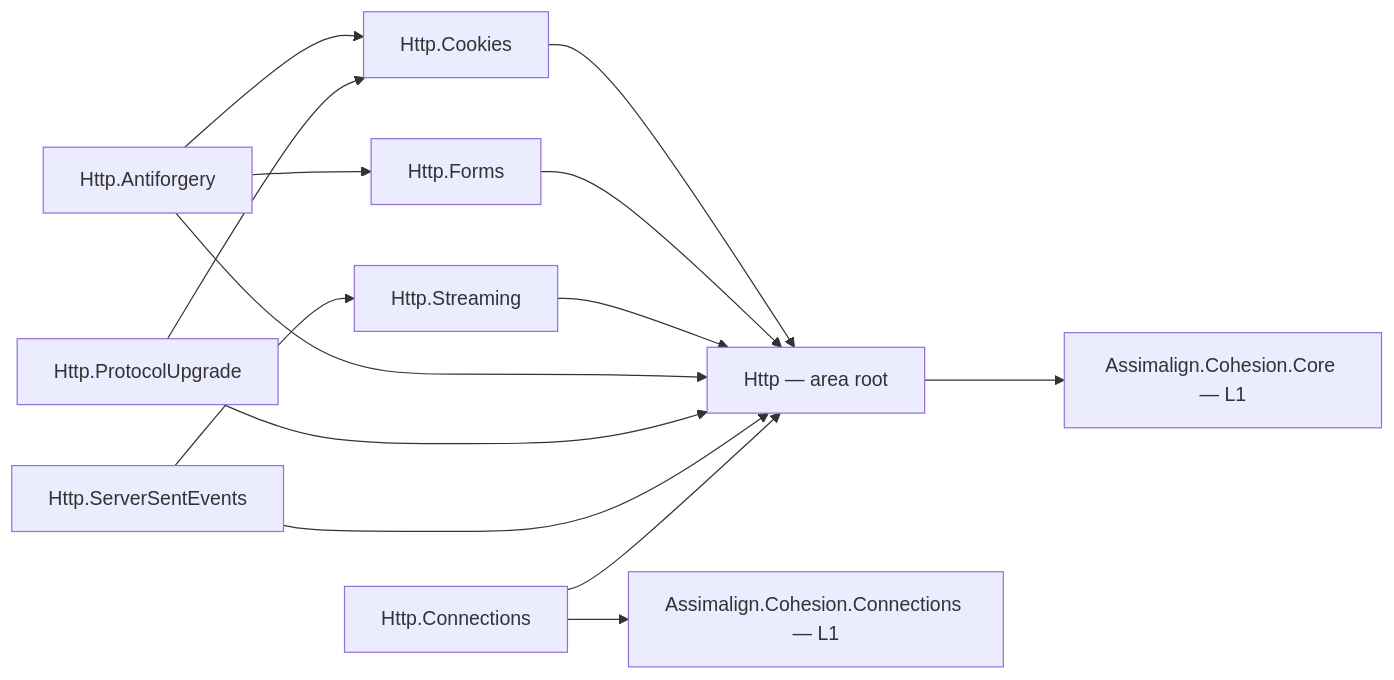
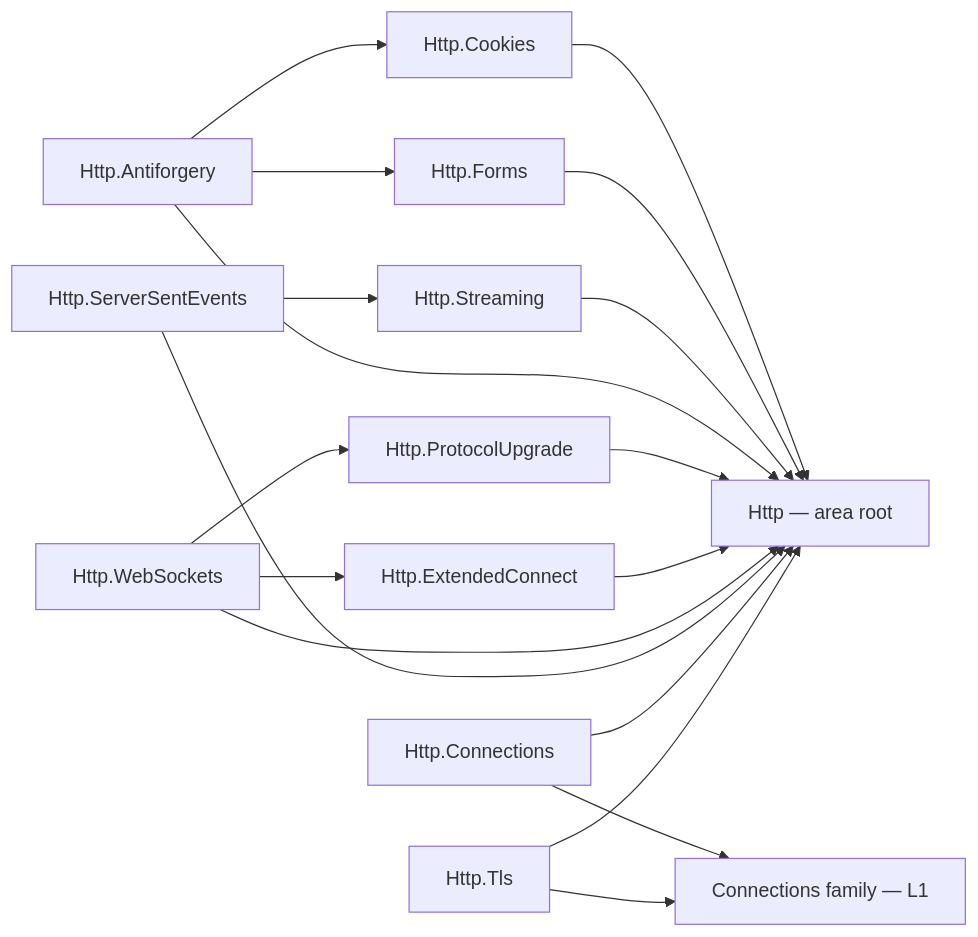
One commit to assimalign/cohesion changed the diagram in libraries/Http/README.md. Above: the diagram before and after it, drawn with Mermaid. The commit also changed other lines of this file and 2416 other files, not shown here.

First line of the commit message:
feat(web): HTTP/Web Phase 2 — Stages 5–14 and the PR cleanup (#1094)

````diff
--- a/libraries/Http/README.md
+++ b/libraries/Http/README.md
@@ -14,26 +14,32 @@
 ```mermaid
 flowchart LR
     Root["Http — area root"]
-    Core["Assimalign.Cohesion.Core — L1"]
-    Conn["Assimalign.Cohesion.Connections — L1"]
+    Conn["Connections family — L1"]
     Cookies["Http.Cookies"]
     Forms["Http.Forms"]
     Antiforgery["Http.Antiforgery"]
     Upgrade["Http.ProtocolUpgrade"]
+    Ext["Http.ExtendedConnect"]
+    WebSockets["Http.WebSockets"]
     Streaming["Http.Streaming"]
     Sse["Http.ServerSentEvents"]
     HttpConn["Http.Connections"]
-    Root --> Core
+    Tls["Http.Tls"]
     Cookies --> Root
     Forms --> Root
     Streaming --> Root
     Antiforgery --> Root
     Antiforgery --> Cookies
     Antiforgery --> Forms
     Upgrade --> Root
-    Upgrade --> Cookies
+    Ext --> Root
+    WebSockets --> Root
+    WebSockets --> Upgrade
+    WebSockets --> Ext
     Sse --> Root
     Sse --> Streaming
     HttpConn --> Root
     HttpConn --> Conn
+    Tls --> Root
+    Tls --> Conn
 ```
````
